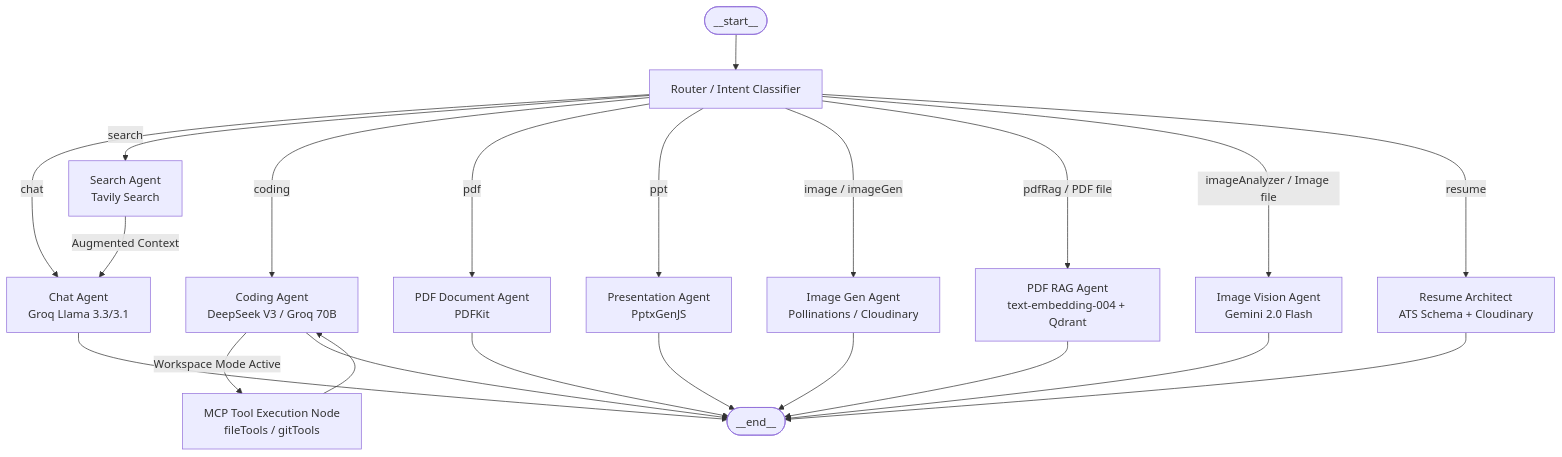
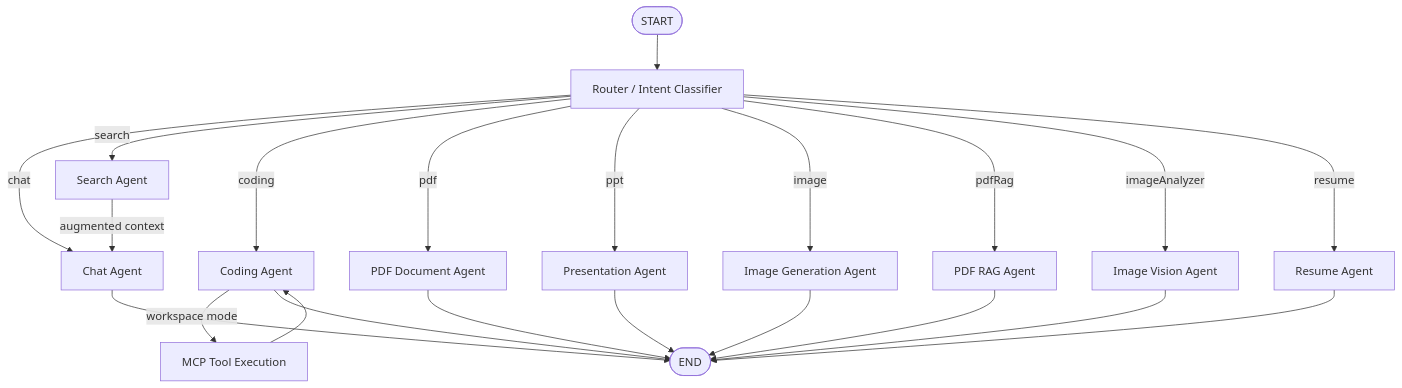
The second of 11 diagrams in SYSTEM_DESIGN.md (gauravgautam2003/alpha-AI), drawn with Mermaid before and after one commit. The commit also changed other lines of this file and 2 other files, not shown here.

````diff
--- a/SYSTEM_DESIGN.md
+++ b/SYSTEM_DESIGN.md
@@ -109,27 +114,47 @@
 ```mermaid
 flowchart TD
-    Start([__start__]) --> Router[Router / Intent Classifier]
 
-    Router -->|chat| ChatAgent[Chat Agent<br/>Groq Llama 3.3/3.1]
-    Router -->|search| SearchAgent[Search Agent<br/>Tavily Search]
-    Router -->|coding| CodingAgent[Coding Agent<br/>DeepSeek V3 / Groq 70B]
-    Router -->|pdf| PdfAgent[PDF Document Agent<br/>PDFKit]
-    Router -->|ppt| PptAgent[Presentation Agent<br/>PptxGenJS]
-    Router -->|image / imageGen| ImageGenAgent[Image Gen Agent<br/>Pollinations / Cloudinary]
-    Router -->|pdfRag / PDF file| PdfRagAgent[PDF RAG Agent<br/>text-embedding-004 + Qdrant]
-    Router -->|imageAnalyzer / Image file| ImageAnalyzerAgent[Image Vision Agent<br/>Gemini 2.0 Flash]
-    Router -->|resume| ResumeAgent[Resume Architect<br/>ATS Schema + Cloudinary]
+    START(["START"])
 
-    CodingAgent -->|Workspace Mode Active| MCPTools[MCP Tool Execution Node<br/>fileTools / gitTools]
-    MCPTools --> CodingAgent
+    ROUTER["Router / Intent Classifier"]
 
-    SearchAgent -->|Augmented Context| ChatAgent
-    ChatAgent --> End([__end__])
-    CodingAgent --> End
-    PdfAgent --> End
-    PptAgent --> End
-    ImageGenAgent --> End
-    PdfRagAgent --> End
-    ImageAnalyzerAgent --> End
-    ResumeAgent --> End
+    CHAT["Chat Agent"]
+    SEARCH["Search Agent"]
+    CODING["Coding Agent"]
+    PDF["PDF Document Agent"]
+    PPT["Presentation Agent"]
+    IMAGE["Image Generation Agent"]
+    PDFRAG["PDF RAG Agent"]
+    VISION["Image Vision Agent"]
+    RESUME["Resume Agent"]
+
+    MCPTOOLS["MCP Tool Execution"]
+
+    END(["END"])
+
+    START --> ROUTER
+
+    ROUTER -->|chat| CHAT
+    ROUTER -->|search| SEARCH
+    ROUTER -->|coding| CODING
+    ROUTER -->|pdf| PDF
+    ROUTER -->|ppt| PPT
+    ROUTER -->|image| IMAGE
+    ROUTER -->|pdfRag| PDFRAG
+    ROUTER -->|imageAnalyzer| VISION
+    ROUTER -->|resume| RESUME
+
+    SEARCH -->|augmented context| CHAT
+
+    CODING -->|workspace mode| MCPTOOLS
+    MCPTOOLS --> CODING
+
+    CHAT --> END
+    CODING --> END
+    PDF --> END
+    PPT --> END
+    IMAGE --> END
+    PDFRAG --> END
+    VISION --> END
+    RESUME --> END
 ```
````
